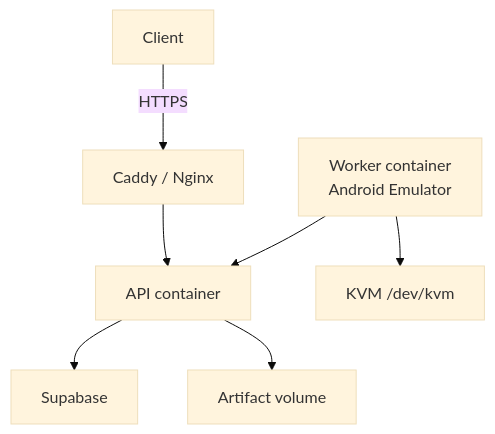
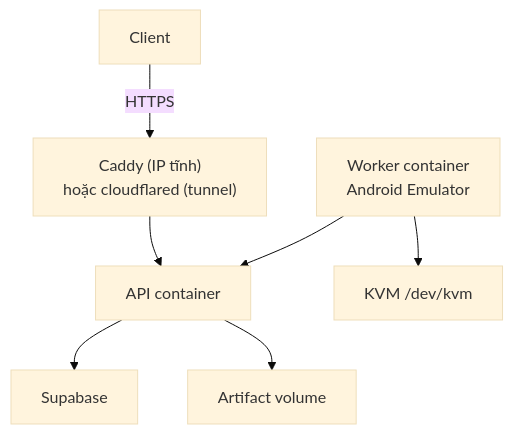
Before and after one commit to daclong120-del/app-relay: the diagram in new_setup/cautructhumuc.md, drawn with Mermaid (base theme). The commit also changed other lines of this file and 4 other files, not shown here.

````diff
--- a/new_setup/cautructhumuc.md
+++ b/new_setup/cautructhumuc.md
@@ -7,9 +7,9 @@
 ```mermaid
 flowchart TD
-    C["Client"] -->|"HTTPS"| P["Caddy / Nginx"]
+    C["Client"] -->|"HTTPS"| P["Caddy (IP tĩnh)<br/>hoặc cloudflared (tunnel)"]
     P --> A["API container"]
     W["Worker container<br/>Android Emulator"] --> A
     A --> S["Supabase"]
     A --> D["Artifact volume"]
     W --> K["KVM /dev/kvm"]
 ```
````
